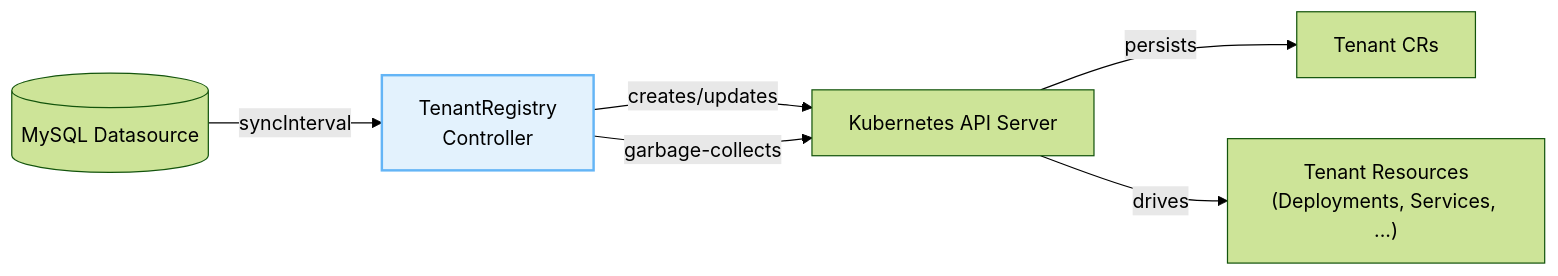
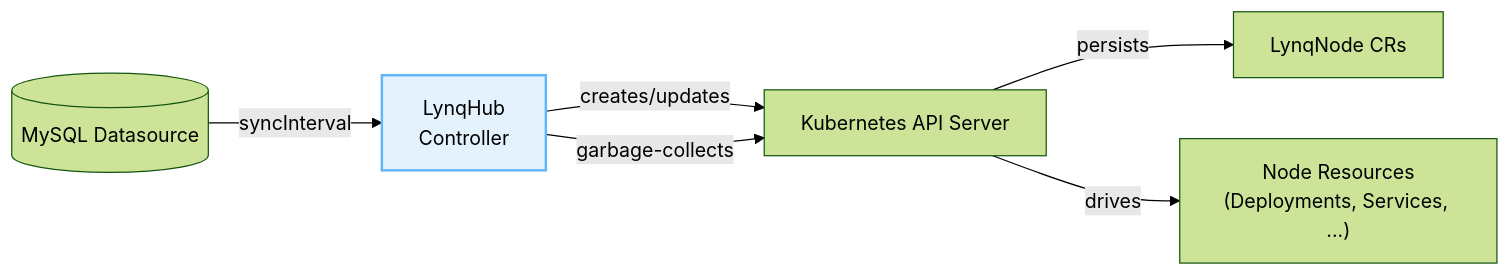
One commit to kubernetes-tenants/tenant-operator changed the first of 3 diagrams in docs/datasource.md. Above: the diagram before and after it, drawn with Mermaid (forest theme). The commit also changed other lines of this file and 203 other files, not shown here.

First line of the commit message:
refactor: Complete rename from tenant-operator to lynq

````diff
--- a/docs/datasource.md
+++ b/docs/datasource.md
@@ -24,17 +24,17 @@
 ```mermaid
 flowchart LR
     DB[(MySQL Datasource)]
-    Sync[TenantRegistry<br/>Controller]
+    Sync[LynqHub<br/>Controller]
     API[Kubernetes API Server]
-    Tenants[Tenant CRs]
-    Resources["Tenant Resources<br/>(Deployments, Services, ...)"]
+    Nodes[LynqNode CRs]
+    Resources["Node Resources<br/>(Deployments, Services, ...)"]
 
     DB -- syncInterval --> Sync
     Sync -- creates/updates --> API
-    API -- persists --> Tenants
+    API -- persists --> Nodes
     Sync -- garbage-collects --> API
     API -- drives --> Resources
 
     classDef controller fill:#e3f2fd,stroke:#64b5f6,stroke-width:2px;
     class Sync controller;
 ```
````
